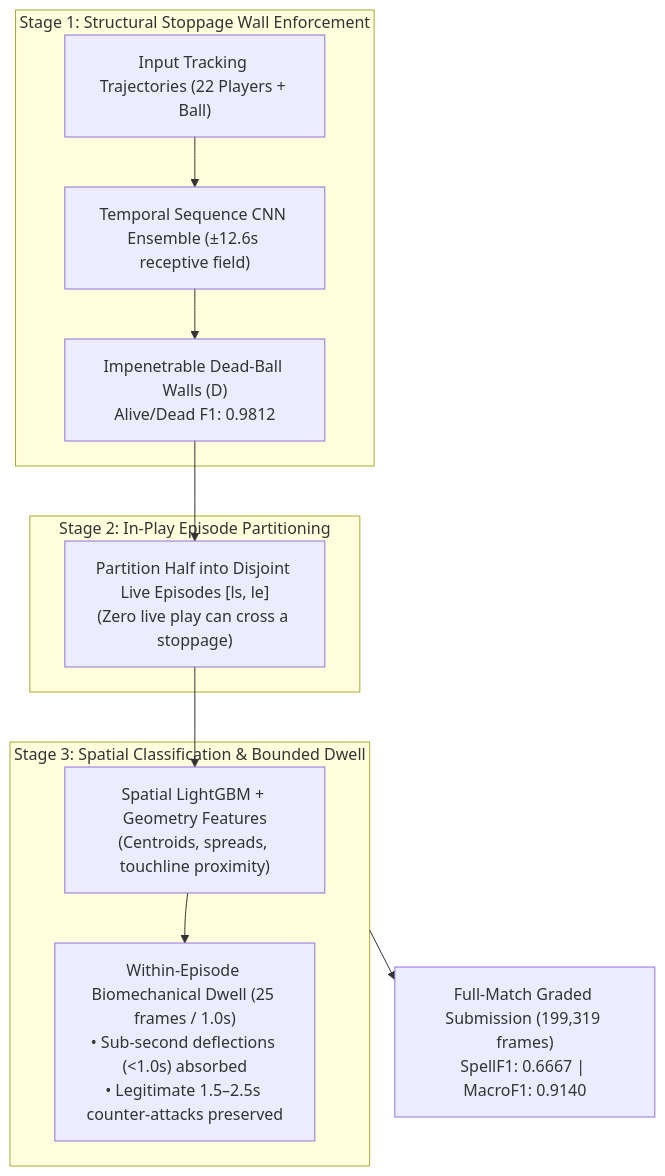
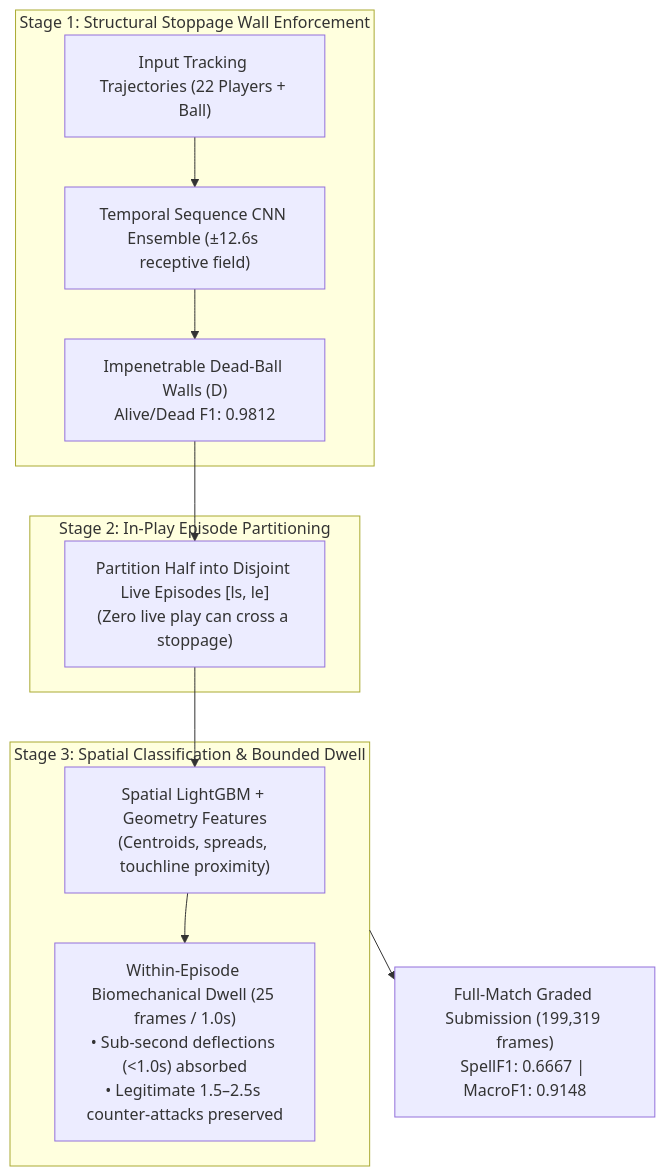
Before and after one commit to harveycheung2/Mes-Que-Un-Hack-more-than-a-hack: the diagram in TECHNICAL_DOCUMENT.md, drawn with Mermaid. The commit also changed other lines of this file and 4 other files, not shown here.

````diff
--- a/TECHNICAL_DOCUMENT.md
+++ b/TECHNICAL_DOCUMENT.md
@@ -28,18 +28,18 @@
 ```mermaid
 flowchart TD
     subgraph S1["Stage 1: Structural Stoppage Wall Enforcement"]
         Raw["Input Tracking Trajectories (22 Players + Ball)"] --> CNN["Temporal Sequence CNN Ensemble (±12.6s receptive field)"]
         CNN --> Dead["Impenetrable Dead-Ball Walls (D)<br/>Alive/Dead F1: 0.9812"]
     end
 
     subgraph S2["Stage 2: In-Play Episode Partitioning"]
         Dead --> Split["Partition Half into Disjoint Live Episodes [ls, le]<br/>(Zero live play can cross a stoppage)"]
     end
 
     subgraph S3["Stage 3: Spatial Classification & Bounded Dwell"]
         Split --> Spatial["Spatial LightGBM + Geometry Features<br/>(Centroids, spreads, touchline proximity)"]
         Spatial --> Dwell["Within-Episode Biomechanical Dwell (25 frames / 1.0s)<br/>• Sub-second deflections (<1.0s) absorbed<br/>• Legitimate 1.5–2.5s counter-attacks preserved"]
     end
 
-    S3 --> Out["Full-Match Graded Submission (199,319 frames)<br/>SpellF1: 0.6667 | MacroF1: 0.9140"]
+    S3 --> Out["Full-Match Graded Submission (199,319 frames)<br/>SpellF1: 0.6667 | MacroF1: 0.9148"]
 ```
````
